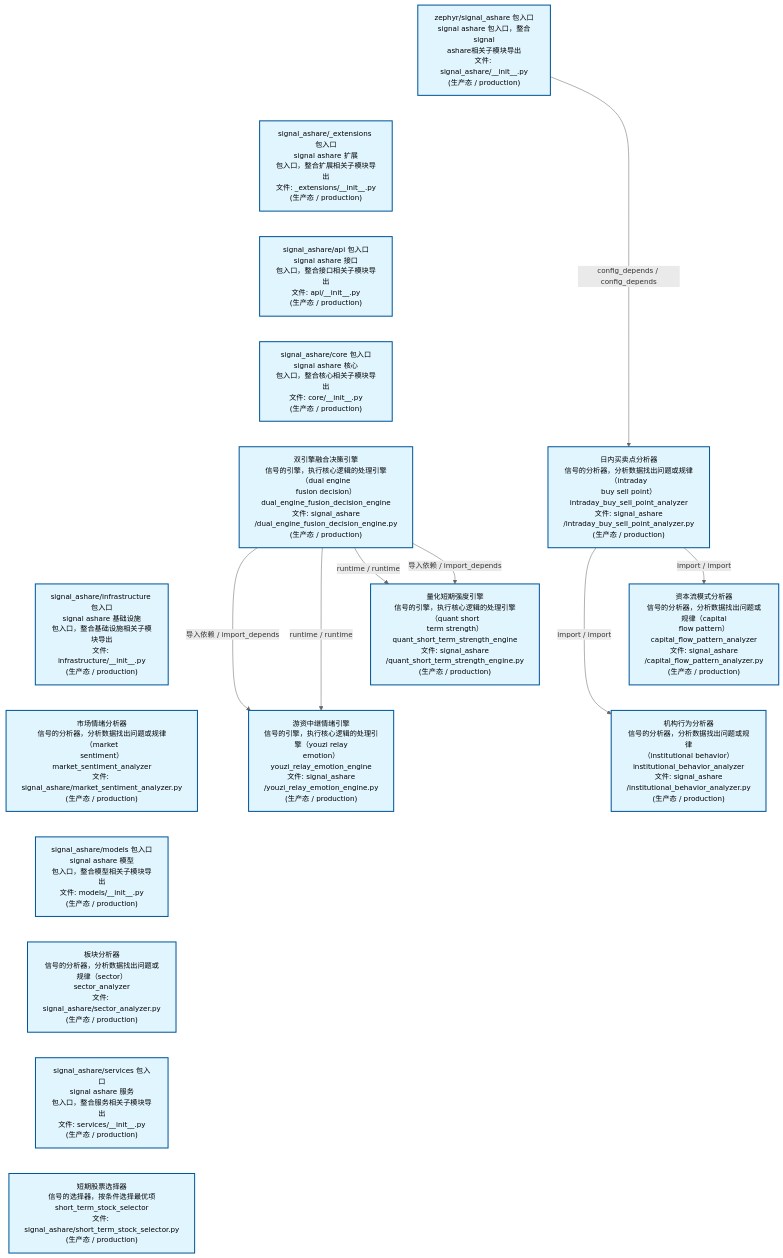
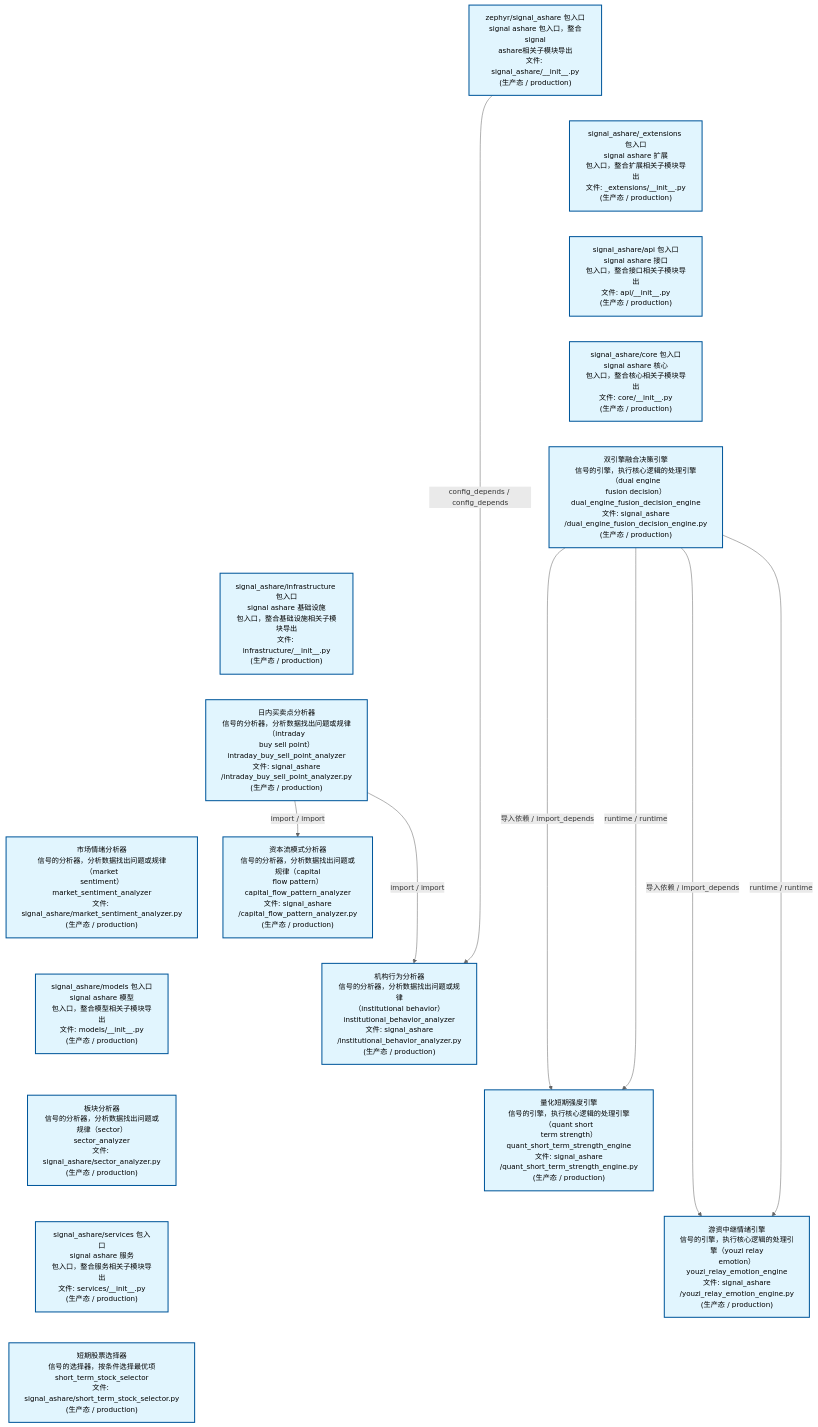
Before and after one commit to xuanFelixVan/ZephyrAlpha: the second of 4 diagrams in docs/02_enterprise_architecture/02_domain_architecture_docs/32_d_ashare_signal.md, drawn with Mermaid. The commit also changed other lines of this file and 44 other files, not shown here.

````diff
--- a/docs/02_enterprise_architecture/02_domain_architecture_docs/32_d_ashare_signal.md
+++ b/docs/02_enterprise_architecture/02_domain_architecture_docs/32_d_ashare_signal.md
@@ -111,45 +112,46 @@
 ```mermaid
 %%{init: {'theme': 'base', 'themeVariables': {'primaryColor': '#eaeaea', 'primaryTextColor': '#333333', 'primaryBorderColor': '#666666', 'lineColor': '#666666', 'secondaryColor': '#eaeaea', 'tertiaryColor': '#eaeaea', 'fontSize': '14px'}}}%%
 flowchart TD
     src_zephyr_signal_ashare_init_py["zephyr/signal_ashare 包入口<br/>signal ashare 包入口，整合signal<br/>ashare相关子模块导出<br/>文件: signal_ashare/__init__.py<br/>(生产态 / production)"]
     src_zephyr_signal_ashare_extensions_init_py["signal_ashare/_extensions 包入口<br/>signal ashare 扩展<br/>包入口，整合扩展相关子模块导出<br/>文件: _extensions/__init__.py<br/>(生产态 / production)"]
     src_zephyr_signal_ashare_api_init_py["signal_ashare/api 包入口<br/>signal ashare 接口<br/>包入口，整合接口相关子模块导出<br/>文件: api/__init__.py<br/>(生产态 / production)"]
     src_zephyr_signal_ashare_core_init_py["signal_ashare/core 包入口<br/>signal ashare 核心<br/>包入口，整合核心相关子模块导出<br/>文件: core/__init__.py<br/>(生产态 / production)"]
     src_zephyr_signal_ashare_dual_engine_fusion_decision_engine_py["双引擎融合决策引擎<br/>信号的引擎，执行核心逻辑的处理引擎（dual engine<br/>fusion decision）<br/>dual_engine_fusion_decision_engine<br/>文件: signal_ashare<br/>/dual_engine_fusion_decision_engine.py<br/>(生产态 / production)"]
     src_zephyr_signal_ashare_infrastructure_init_py["signal_ashare/infrastructure 包入口<br/>signal ashare 基础设施<br/>包入口，整合基础设施相关子模块导出<br/>文件: infrastructure/__init__.py<br/>(生产态 / production)"]
+    src_zephyr_signal_ashare_intraday_buy_sell_point_analyzer_py["日内买卖点分析器<br/>信号的分析器，分析数据找出问题或规律（intraday<br/>buy sell point）<br/>intraday_buy_sell_point_analyzer<br/>文件: signal_ashare<br/>/intraday_buy_sell_point_analyzer.py<br/>(生产态 / production)"]
     src_zephyr_signal_ashare_market_sentiment_analyzer_py["市场情绪分析器<br/>信号的分析器，分析数据找出问题或规律（market<br/>sentiment）<br/>market_sentiment_analyzer<br/>文件: signal_ashare/market_sentiment_analyzer.py<br/>(生产态 / production)"]
     src_zephyr_signal_ashare_models_init_py["signal_ashare/models 包入口<br/>signal ashare 模型<br/>包入口，整合模型相关子模块导出<br/>文件: models/__init__.py<br/>(生产态 / production)"]
     src_zephyr_signal_ashare_sector_analyzer_py["板块分析器<br/>信号的分析器，分析数据找出问题或规律（sector）<br/>sector_analyzer<br/>文件: signal_ashare/sector_analyzer.py<br/>(生产态 / production)"]
     src_zephyr_signal_ashare_services_init_py["signal_ashare/services 包入口<br/>signal ashare 服务<br/>包入口，整合服务相关子模块导出<br/>文件: services/__init__.py<br/>(生产态 / production)"]
     src_zephyr_signal_ashare_short_term_stock_selector_py["短期股票选择器<br/>信号的选择器，按条件选择最优项<br/>short_term_stock_selector<br/>文件: signal_ashare/short_term_stock_selector.py<br/>(生产态 / production)"]
     src_zephyr_signal_ashare_init_py ~~~ src_zephyr_signal_ashare_extensions_init_py
     src_zephyr_signal_ashare_extensions_init_py ~~~ src_zephyr_signal_ashare_api_init_py
     src_zephyr_signal_ashare_api_init_py ~~~ src_zephyr_signal_ashare_core_init_py
     src_zephyr_signal_ashare_core_init_py ~~~ src_zephyr_signal_ashare_dual_engine_fusion_decision_engine_py
     src_zephyr_signal_ashare_dual_engine_fusion_decision_engine_py ~~~ src_zephyr_signal_ashare_infrastructure_init_py
-    src_zephyr_signal_ashare_infrastructure_init_py ~~~ src_zephyr_signal_ashare_market_sentiment_analyzer_py
+    src_zephyr_signal_ashare_infrastructure_init_py ~~~ src_zephyr_signal_ashare_intraday_buy_sell_point_analyzer_py
+    src_zephyr_signal_ashare_intraday_buy_sell_point_analyzer_py ~~~ src_zephyr_signal_ashare_market_sentiment_analyzer_py
     src_zephyr_signal_ashare_market_sentiment_analyzer_py ~~~ src_zephyr_signal_ashare_models_init_py
     src_zephyr_signal_ashare_models_init_py ~~~ src_zephyr_signal_ashare_sector_analyzer_py
     src_zephyr_signal_ashare_sector_analyzer_py ~~~ src_zephyr_signal_ashare_services_init_py
     src_zephyr_signal_ashare_services_init_py ~~~ src_zephyr_signal_ashare_short_term_stock_selector_py
-    src_zephyr_signal_ashare_intraday_buy_sell_point_analyzer_py["日内买卖点分析器<br/>信号的分析器，分析数据找出问题或规律（intraday<br/>buy sell point）<br/>intraday_buy_sell_point_analyzer<br/>文件: signal_ashare<br/>/intraday_buy_sell_point_analyzer.py<br/>(生产态 / production)"]
+    src_zephyr_signal_ashare_capital_flow_pattern_analyzer_py["资本流模式分析器<br/>信号的分析器，分析数据找出问题或规律（capital<br/>flow pattern）<br/>capital_flow_pattern_analyzer<br/>文件: signal_ashare<br/>/capital_flow_pattern_analyzer.py<br/>(生产态 / production)"]
+    src_zephyr_signal_ashare_institutional_behavior_analyzer_py["机构行为分析器<br/>信号的分析器，分析数据找出问题或规律<br/>（institutional behavior）<br/>institutional_behavior_analyzer<br/>文件: signal_ashare<br/>/institutional_behavior_analyzer.py<br/>(生产态 / production)"]
     src_zephyr_signal_ashare_quant_short_term_strength_engine_py["量化短期强度引擎<br/>信号的引擎，执行核心逻辑的处理引擎（quant short<br/>term strength）<br/>quant_short_term_strength_engine<br/>文件: signal_ashare<br/>/quant_short_term_strength_engine.py<br/>(生产态 / production)"]
     src_zephyr_signal_ashare_youzi_relay_emotion_engine_py["游资中继情绪引擎<br/>信号的引擎，执行核心逻辑的处理引擎（youzi relay<br/>emotion）<br/>youzi_relay_emotion_engine<br/>文件: signal_ashare<br/>/youzi_relay_emotion_engine.py<br/>(生产态 / production)"]
-    src_zephyr_signal_ashare_intraday_buy_sell_point_analyzer_py ~~~ src_zephyr_signal_ashare_quant_short_term_strength_engine_py
+    src_zephyr_signal_ashare_capital_flow_pattern_analyzer_py ~~~ src_zephyr_signal_ashare_institutional_behavior_analyzer_py
+    src_zephyr_signal_ashare_institutional_behavior_analyzer_py ~~~ src_zephyr_signal_ashare_quant_short_term_strength_engine_py
     src_zephyr_signal_ashare_quant_short_term_strength_engine_py ~~~ src_zephyr_signal_ashare_youzi_relay_emotion_engine_py
-    src_zephyr_signal_ashare_capital_flow_pattern_analyzer_py["资本流模式分析器<br/>信号的分析器，分析数据找出问题或规律（capital<br/>flow pattern）<br/>capital_flow_pattern_analyzer<br/>文件: signal_ashare<br/>/capital_flow_pattern_analyzer.py<br/>(生产态 / production)"]
-    src_zephyr_signal_ashare_institutional_behavior_analyzer_py["机构行为分析器<br/>信号的分析器，分析数据找出问题或规律<br/>（institutional behavior）<br/>institutional_behavior_analyzer<br/>文件: signal_ashare<br/>/institutional_behavior_analyzer.py<br/>(生产态 / production)"]
-    src_zephyr_signal_ashare_capital_flow_pattern_analyzer_py ~~~ src_zephyr_signal_ashare_institutional_behavior_analyzer_py
+    src_zephyr_signal_ashare_dual_engine_fusion_decision_engine_py -->|导入依赖 / import_depends| src_zephyr_signal_ashare_youzi_relay_emotion_engine_py
+    src_zephyr_signal_ashare_dual_engine_fusion_decision_engine_py -->|runtime / runtime| src_zephyr_signal_ashare_youzi_relay_emotion_engine_py
+    src_zephyr_signal_ashare_dual_engine_fusion_decision_engine_py -->|导入依赖 / import_depends| src_zephyr_signal_ashare_quant_short_term_strength_engine_py
+    src_zephyr_signal_ashare_dual_engine_fusion_decision_engine_py -->|runtime / runtime| src_zephyr_signal_ashare_quant_short_term_strength_engine_py
     src_zephyr_signal_ashare_intraday_buy_sell_point_analyzer_py -->|import / import| src_zephyr_signal_ashare_institutional_behavior_analyzer_py
     src_zephyr_signal_ashare_intraday_buy_sell_point_analyzer_py -->|import / import| src_zephyr_signal_ashare_capital_flow_pattern_analyzer_py
-    src_zephyr_signal_ashare_init_py -->|config_depends / config_depends| src_zephyr_signal_ashare_intraday_buy_sell_point_analyzer_py
-    src_zephyr_signal_ashare_dual_engine_fusion_decision_engine_py -->|导入依赖 / import_depends| src_zephyr_signal_ashare_quant_short_term_strength_engine_py
-    src_zephyr_signal_ashare_dual_engine_fusion_decision_engine_py -->|runtime / runtime| src_zephyr_signal_ashare_quant_short_term_strength_engine_py
-    src_zephyr_signal_ashare_dual_engine_fusion_decision_engine_py -->|runtime / runtime| src_zephyr_signal_ashare_youzi_relay_emotion_engine_py
-    src_zephyr_signal_ashare_dual_engine_fusion_decision_engine_py -->|导入依赖 / import_depends| src_zephyr_signal_ashare_youzi_relay_emotion_engine_py
+    src_zephyr_signal_ashare_init_py -->|config_depends / config_depends| src_zephyr_signal_ashare_institutional_behavior_analyzer_py
     classDef production fill:#e1f5fe,stroke:#01579b,stroke-width:2px,color:#000
     classDef design fill:#fff3e0,stroke:#e65100,stroke-width:2px,color:#000,stroke-dasharray: 5 5
     classDef external_prod fill:#e8f4fd,stroke:#0277bd,stroke-width:1px,color:#000
     classDef external_design fill:#fff8e7,stroke:#ef6c00,stroke-width:1px,color:#000,stroke-dasharray: 5 5
     class src_zephyr_signal_ashare_init_py,src_zephyr_signal_ashare_extensions_init_py,src_zephyr_signal_ashare_api_init_py,src_zephyr_signal_ashare_capital_flow_pattern_analyzer_py,src_zephyr_signal_ashare_core_init_py,src_zephyr_signal_ashare_dual_engine_fusion_decision_engine_py,src_zephyr_signal_ashare_infrastructure_init_py,src_zephyr_signal_ashare_institutional_behavior_analyzer_py,src_zephyr_signal_ashare_intraday_buy_sell_point_analyzer_py,src_zephyr_signal_ashare_market_sentiment_analyzer_py,src_zephyr_signal_ashare_models_init_py,src_zephyr_signal_ashare_quant_short_term_strength_engine_py,src_zephyr_signal_ashare_sector_analyzer_py,src_zephyr_signal_ashare_services_init_py,src_zephyr_signal_ashare_short_term_stock_selector_py,src_zephyr_signal_ashare_youzi_relay_emotion_engine_py production
 ```
````
